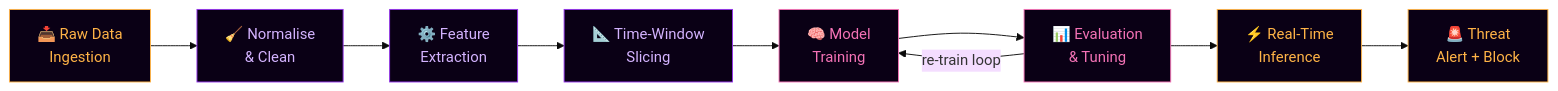
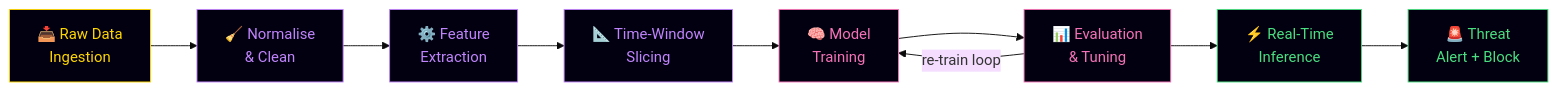
The second of 8 diagrams in README.md (LuthandoCandlovu/LuthandoCandlovu), drawn with Mermaid (base theme) before and after one commit. The commit also changed other lines of this file, not shown here.

````diff
--- a/README.md
+++ b/README.md
@@ -273,20 +451,20 @@
 ```mermaid
 flowchart LR
     RAW["📥 Raw Data<br/>Ingestion"]:::input
     CLEAN["🧹 Normalise<br/>& Clean"]:::process
     FEAT["⚙️ Feature<br/>Extraction"]:::process
     WINDOW["📐 Time-Window<br/>Slicing"]:::process
     TRAIN["🧠 Model<br/>Training"]:::model
     EVAL["📊 Evaluation<br/>& Tuning"]:::model
     INFER["⚡ Real-Time<br/>Inference"]:::output
     ALERT["🚨 Threat<br/>Alert + Block"]:::output
 
     RAW --> CLEAN --> FEAT --> WINDOW --> TRAIN --> EVAL
     EVAL -->|"re-train loop"| TRAIN
     EVAL --> INFER --> ALERT
 
-    classDef input fill:#0a0015,stroke:#FFB347,color:#FFB347
-    classDef process fill:#0a0015,stroke:#9333EA,color:#d4b3ff
-    classDef model fill:#0a0015,stroke:#F472B6,color:#F472B6
-    classDef output fill:#0a0015,stroke:#FFB347,color:#FFB347
+    classDef input fill:#020010,stroke:#FFD700,color:#FFD700
+    classDef process fill:#020010,stroke:#c084fc,color:#c084fc
+    classDef model fill:#020010,stroke:#f472b6,color:#f472b6
+    classDef output fill:#020010,stroke:#4ADE80,color:#4ADE80
 ```
````
